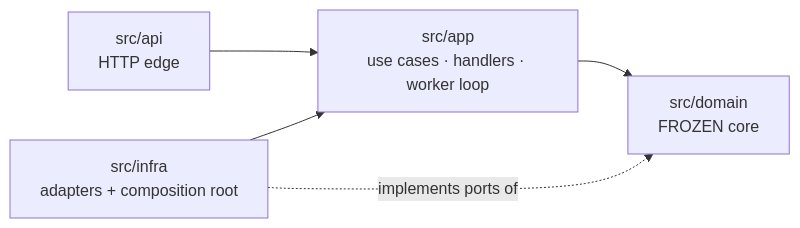
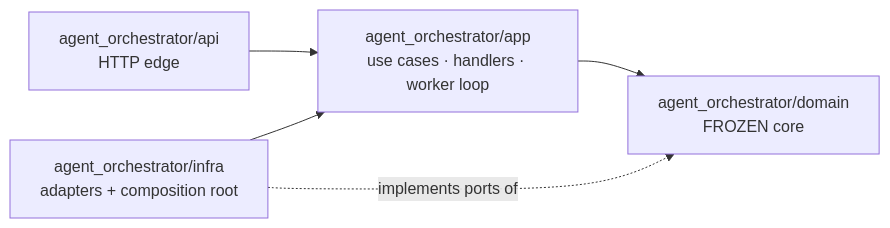
Before and after one commit to guilhermeUpToTask/agent-orchestrator-prototype: the second of 2 diagrams in docs/architecture/overview.md, drawn with Mermaid. The commit also changed other lines of this file and 525 other files, not shown here.

````diff
--- a/docs/architecture/overview.md
+++ b/docs/architecture/overview.md
@@ -57,7 +57,7 @@
 ```mermaid
 flowchart LR
-    api["src/api<br/>HTTP edge"] --> app
-    infra["src/infra<br/>adapters + composition root"] --> app
-    app["src/app<br/>use cases · handlers · worker loop"] --> domain["src/domain<br/>FROZEN core"]
+    api["agent_orchestrator/api<br/>HTTP edge"] --> app
+    infra["agent_orchestrator/infra<br/>adapters + composition root"] --> app
+    app["agent_orchestrator/app<br/>use cases · handlers · worker loop"] --> domain["agent_orchestrator/domain<br/>FROZEN core"]
     infra -. implements ports of .-> domain
 ```
````
